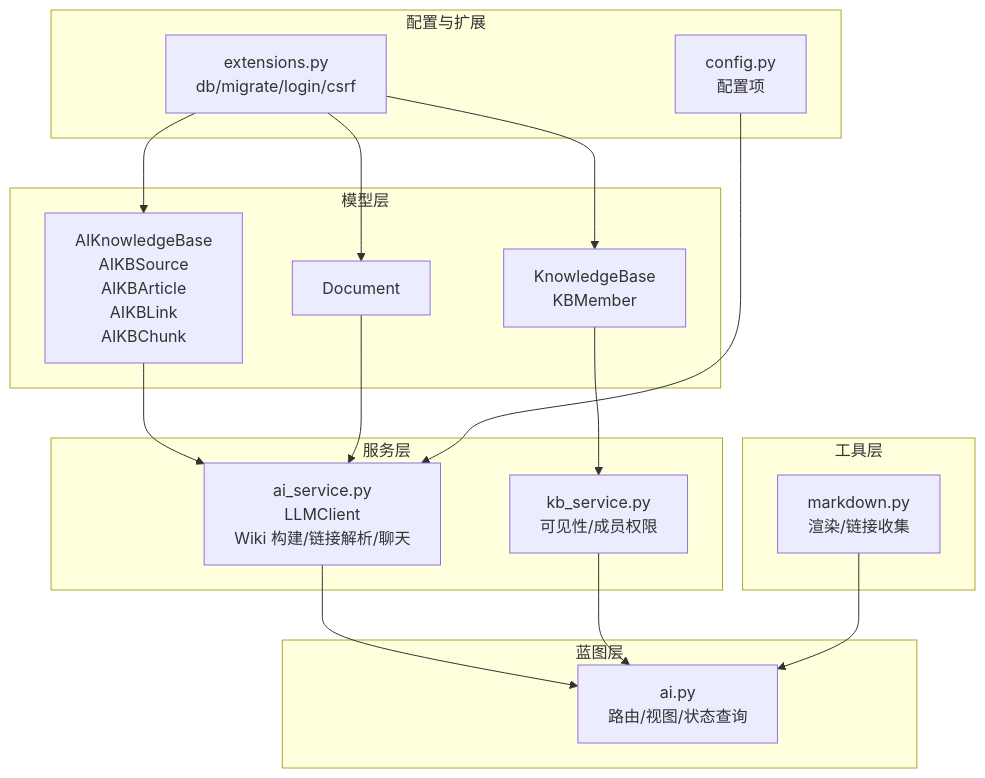
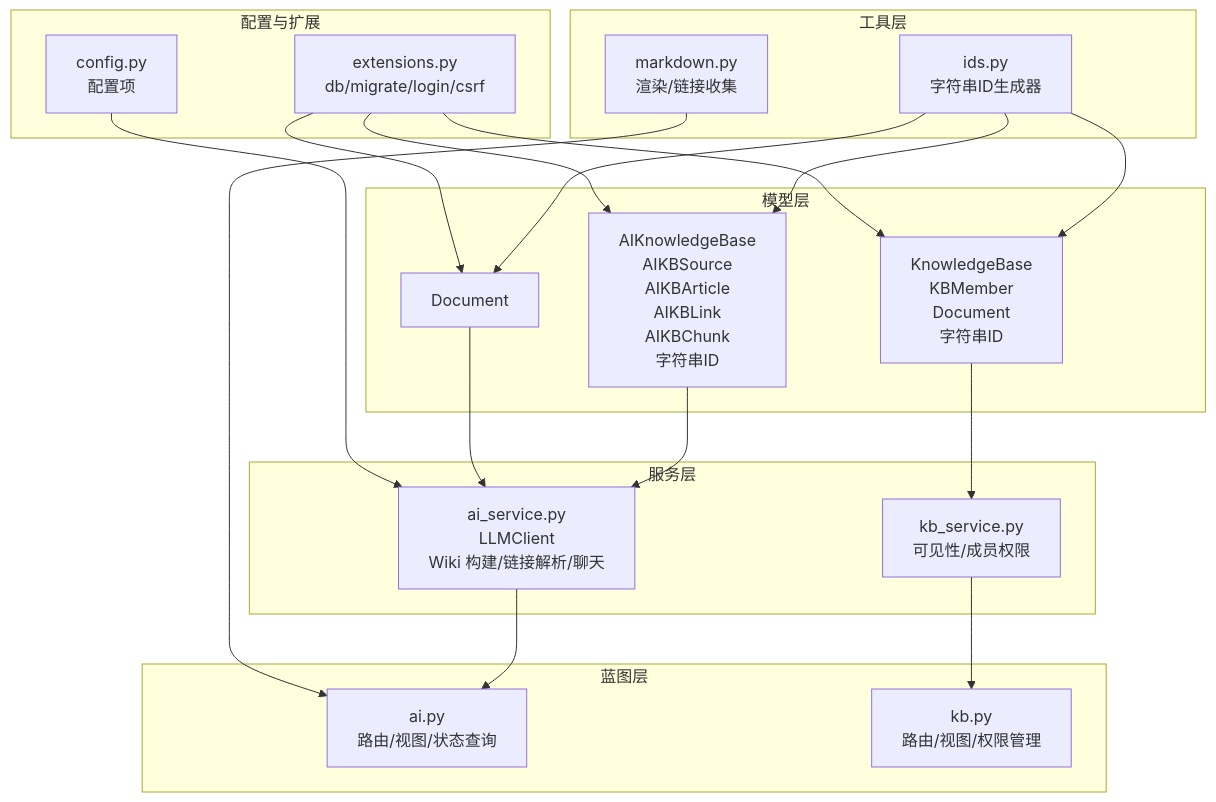
The first of 6 diagrams in .qoder/repowiki/zh/content/数据模型设计/AI知识库模型.md (beyondalbert/my_wiki), drawn with Mermaid before and after one commit. The commit also changed other lines of this file and 21 other files, not shown here.

````diff
--- a/.qoder/repowiki/zh/content/数据模型设计/AI知识库模型.md
+++ b/.qoder/repowiki/zh/content/数据模型设计/AI知识库模型.md
@@ -39,32 +51,37 @@
 ```mermaid
 graph TB
 subgraph "模型层"
-A1["AIKnowledgeBase<br/>AIKBSource<br/>AIKBArticle<br/>AIKBLink<br/>AIKBChunk"]
-A2["KnowledgeBase<br/>KBMember"]
+A1["AIKnowledgeBase<br/>AIKBSource<br/>AIKBArticle<br/>AIKBLink<br/>AIKBChunk<br/>字符串ID"]
+A2["KnowledgeBase<br/>KBMember<br/>Document<br/>字符串ID"]
 A3["Document"]
 end
 subgraph "服务层"
 S1["ai_service.py<br/>LLMClient<br/>Wiki 构建/链接解析/聊天"]
 S2["kb_service.py<br/>可见性/成员权限"]
 end
 subgraph "蓝图层"
 B1["ai.py<br/>路由/视图/状态查询"]
+B2["kb.py<br/>路由/视图/权限管理"]
 end
 subgraph "工具层"
 U1["markdown.py<br/>渲染/链接收集"]
+U2["ids.py<br/>字符串ID生成器"]
 end
 subgraph "配置与扩展"
 C1["config.py<br/>配置项"]
 E1["extensions.py<br/>db/migrate/login/csrf"]
 end
 A1 --> S1
 A2 --> S2
 A3 --> S1
 S1 --> B1
-S2 --> B1
+S2 --> B2
 U1 --> B1
+U2 --> A1
+U2 --> A2
+U2 --> A3
 C1 --> S1
 E1 --> A1
 E1 --> A2
 E1 --> A3
 ```
````
